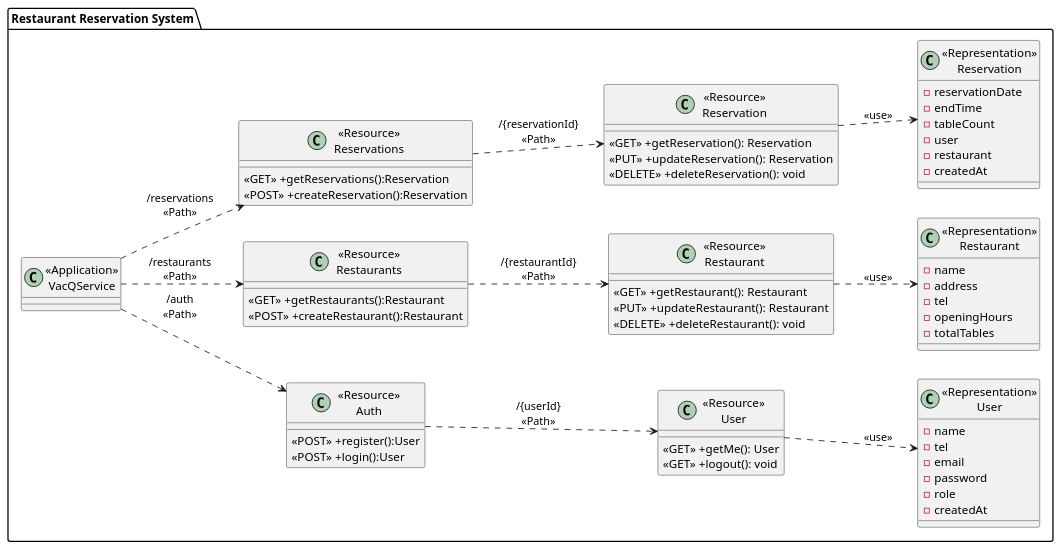
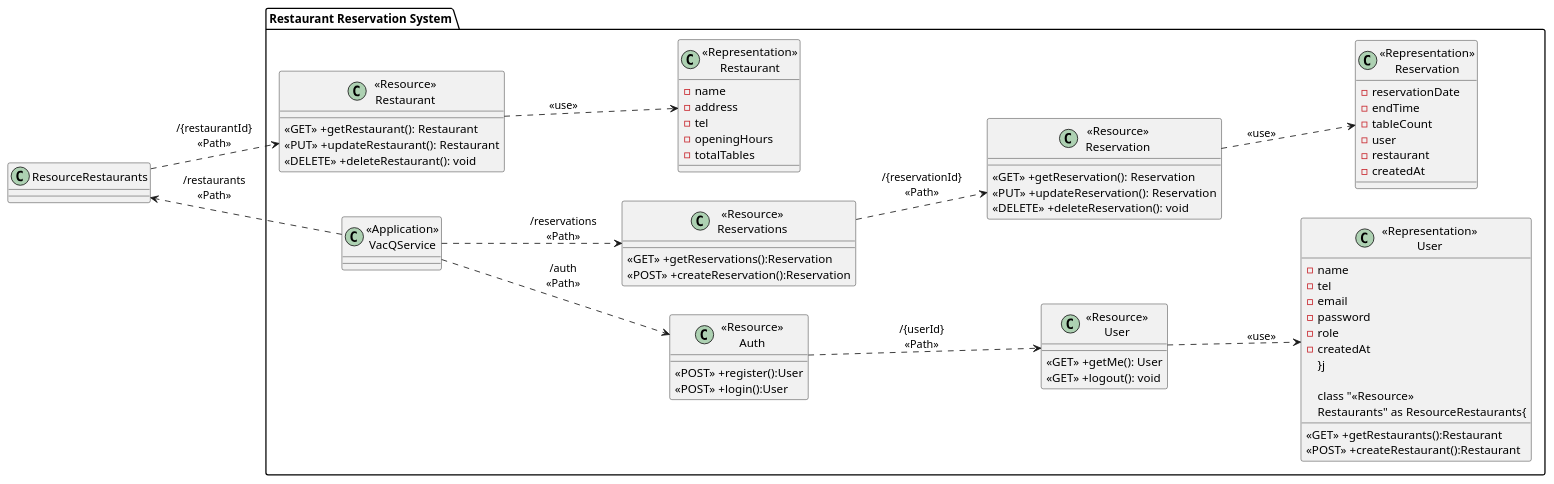
Before and after one commit to 2110503-CEDT68/be-project-68-null: the diagram in diagrams/class-diagram.puml, drawn with PlantUML. The commit also changed 4 other files, not shown here.

```diff
--- a/diagrams/class-diagram.puml
+++ b/diagrams/class-diagram.puml
@@ -1,78 +1,78 @@
 @startuml
 left to right direction
 package "Restaurant Reservation System"{
     class "<<Application>>\nVacQService" as VacQService{}
 
     class "<<Resource>>\nAuth" as ResourceAuth{
         <<POST>> +register():User
         <<POST>> +login():User
     }
 
     class "<<Resource>>\nUser" as ResourceUser {
         <<GET>> +getMe(): User
         <<GET>> +logout(): void
     }
 
     class "<<Representation>>\nUser" as RepresentationUser {
         -name
         -tel
         -email
         -password
         -role
         -createdAt
-    }
+    }j
 
     class "<<Resource>>\nRestaurants" as ResourceRestaurants{
         <<GET>> +getRestaurants():Restaurant
         <<POST>> +createRestaurant():Restaurant
     }
 
     class "<<Resource>>\nRestaurant" as ResourceRestaurant {
         <<GET>> +getRestaurant(): Restaurant
         <<PUT>> +updateRestaurant(): Restaurant
         <<DELETE>> +deleteRestaurant(): void
     }
 
     class "<<Representation>>\nRestaurant" as RepresentationRestaurant {
         -name
         -address
         -tel
         -openingHours
         -totalTables
     }
 
     class "<<Resource>>\nReservations" as ResourceReservations{
         <<GET>> +getReservations():Reservation
         <<POST>> +createReservation():Reservation
     }
 
     class "<<Resource>>\nReservation" as ResourceReservation {
         <<GET>> +getReservation(): Reservation
         <<PUT>> +updateReservation(): Reservation
         <<DELETE>> +deleteReservation(): void
     }
 
     class "<<Representation>>\nReservation" as RepresentationReservation {
         -reservationDate
         -endTime
         -tableCount
         -user
         -restaurant
         -createdAt
     }
 
 }
 
 VacQService ..> ResourceAuth:"/auth\n<<Path>>"
 ResourceAuth ..> ResourceUser: "/{userId}\n<<Path>>"
 ResourceUser ..> RepresentationUser: "<<use>>"
 
 VacQService ..> ResourceRestaurants:"/restaurants\n<<Path>>"
 ResourceRestaurants ..> ResourceRestaurant: "/{restaurantId}\n<<Path>>"
 ResourceRestaurant ..> RepresentationRestaurant: "<<use>>"
 
 VacQService ..> ResourceReservations:"/reservations\n<<Path>>"
 ResourceReservations ..> ResourceReservation: "/{reservationId}\n<<Path>>"
 ResourceReservation ..> RepresentationReservation: "<<use>>"
 
 @enduml
```
